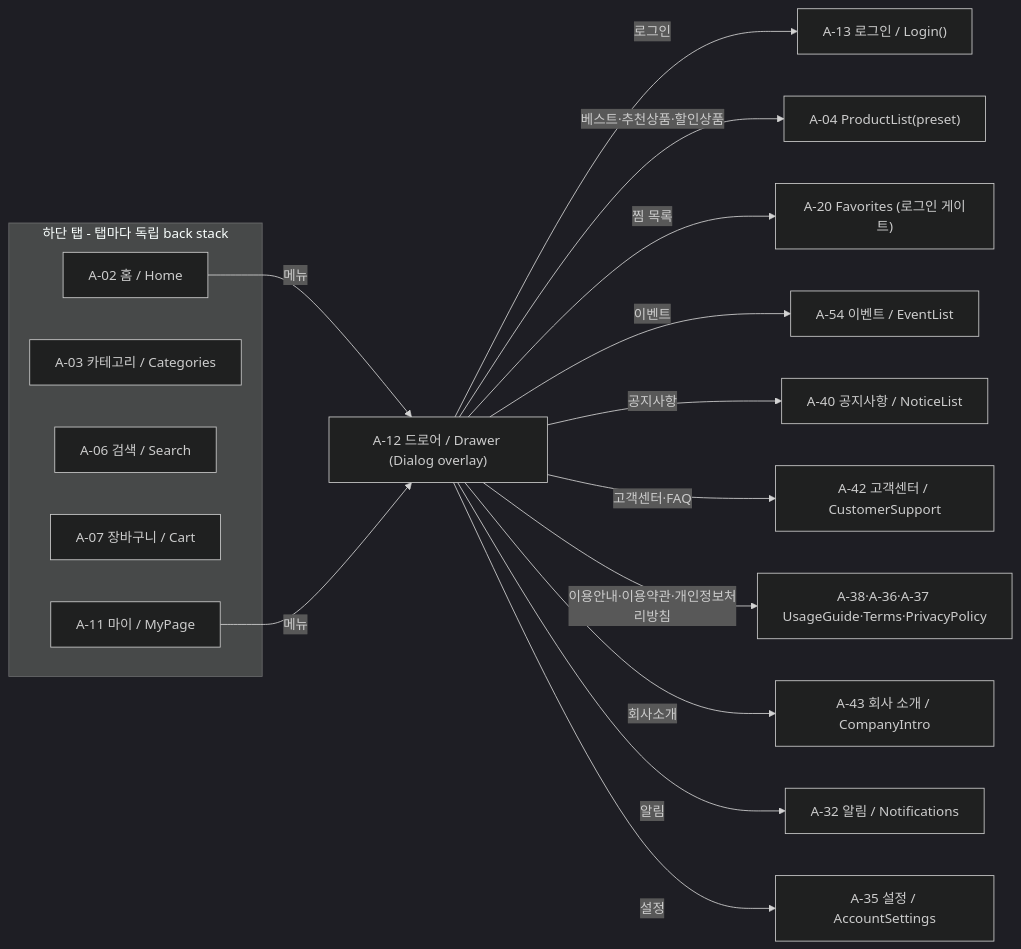
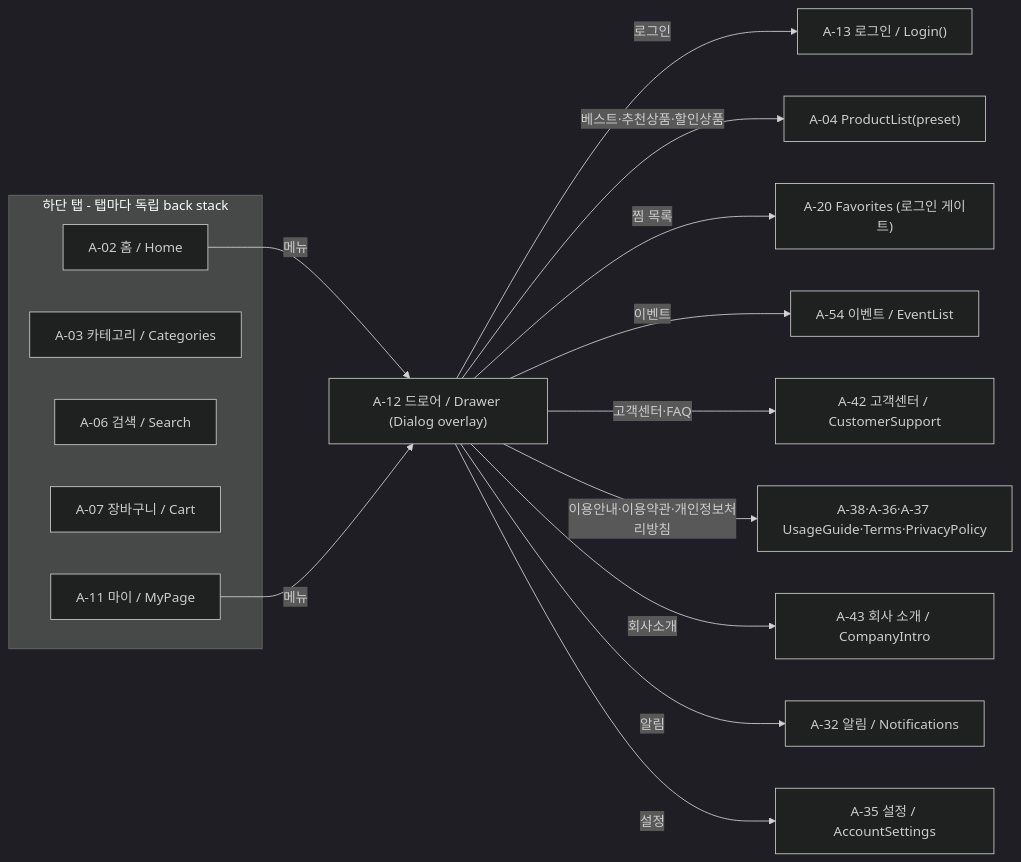
Before and after one commit to team-nativeLab/Eum-ShoppingMall-Android: the first of 9 diagrams in docs/APP_FLOW.md, drawn with Mermaid (dark theme). The commit also changed other lines of this file and 49 other files, not shown here.

````diff
--- a/docs/APP_FLOW.md
+++ b/docs/APP_FLOW.md
@@ -33,22 +33,21 @@
 ```mermaid
 flowchart LR
     subgraph Tabs[하단 탭 - 탭마다 독립 back stack]
         T1["A-02 홈 / Home"]
         T2["A-03 카테고리 / Categories"]
         T3["A-06 검색 / Search"]
         T4["A-07 장바구니 / Cart"]
         T5["A-11 마이 / MyPage"]
     end
     T1 -- 메뉴 --> D["A-12 드로어 / Drawer (Dialog overlay)"]
     T5 -- 메뉴 --> D
     D -- 로그인 --> L["A-13 로그인 / Login()"]
     D -- 베스트·추천상품·할인상품 --> PL["A-04 ProductList(preset)"]
     D -- 찜 목록 --> FV["A-20 Favorites (로그인 게이트)"]
     D -- 이벤트 --> E["A-54 이벤트 / EventList"]
-    D -- 공지사항 --> N["A-40 공지사항 / NoticeList"]
     D -- 고객센터·FAQ --> CS["A-42 고객센터 / CustomerSupport"]
     D -- 이용안내·이용약관·개인정보처리방침 --> POL["A-38·A-36·A-37 UsageGuide·Terms·PrivacyPolicy"]
     D -- 회사소개 --> CO["A-43 회사 소개 / CompanyIntro"]
     D -- 알림 --> NT["A-32 알림 / Notifications"]
     D -- 설정 --> ST["A-35 설정 / AccountSettings"]
 ```
````
